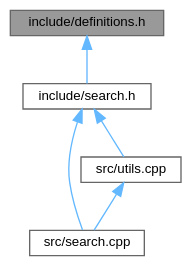
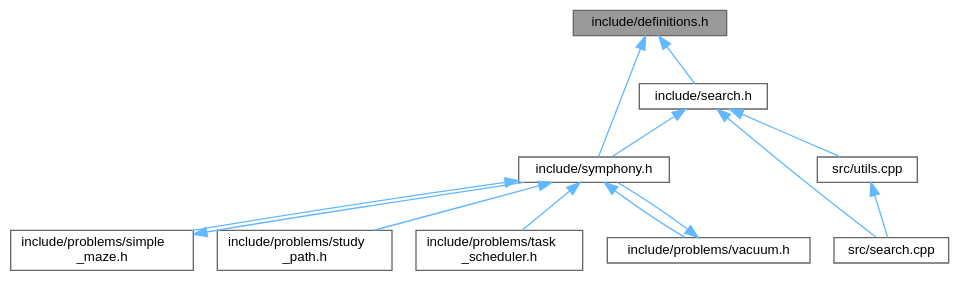
One commit to velocitatem/Symphony changed the diagram in definitions_8h__dep__incl.dot. Above: the diagram before and after it, drawn with Graphviz. The commit also changed 197 other files, not shown here.

```diff
--- a/definitions_8h__dep__incl.dot
+++ b/definitions_8h__dep__incl.dot
@@ -1,16 +1,29 @@
 digraph "include/definitions.h"
 {
  // INTERACTIVE_SVG=YES
  // LATEX_PDF_SIZE
   bgcolor="transparent";
   edge [fontname=Helvetica,fontsize=10,labelfontname=Helvetica,labelfontsize=10];
   node [fontname=Helvetica,fontsize=10,shape=box,height=0.2,width=0.4];
   Node1 [id="Node000001",label="include/definitions.h",height=0.2,width=0.4,color="gray40", fillcolor="grey60", style="filled", fontcolor="black",tooltip="Abstract classes for states, actions, and problems that need to be implemented by the user."];
   Node1 -> Node2 [id="edge1_Node000001_Node000002",dir="back",color="steelblue1",style="solid",tooltip=" "];
   Node2 [id="Node000002",label="include/search.h",height=0.2,width=0.4,color="grey40", fillcolor="white", style="filled",URL="$search_8h.html",tooltip=" "];
   Node2 -> Node3 [id="edge2_Node000002_Node000003",dir="back",color="steelblue1",style="solid",tooltip=" "];
-  Node3 [id="Node000003",label="src/search.cpp",height=0.2,width=0.4,color="grey40", fillcolor="white", style="filled",URL="$search_8cpp.html",tooltip=" "];
-  Node2 -> Node4 [id="edge3_Node000002_Node000004",dir="back",color="steelblue1",style="solid",tooltip=" "];
-  Node4 [id="Node000004",label="src/utils.cpp",height=0.2,width=0.4,color="grey40", fillcolor="white", style="filled",URL="$utils_8cpp.html",tooltip=" "];
+  Node3 [id="Node000003",label="include/symphony.h",height=0.2,width=0.4,color="grey40", fillcolor="white", style="filled",URL="$symphony_8h.html",tooltip=" "];
+  Node3 -> Node4 [id="edge3_Node000003_Node000004",dir="back",color="steelblue1",style="solid",tooltip=" "];
+  Node4 [id="Node000004",label="include/problems/simple\l_maze.h",height=0.2,width=0.4,color="grey40", fillcolor="white", style="filled",URL="$simple__maze_8h.html",tooltip=" "];
   Node4 -> Node3 [id="edge4_Node000004_Node000003",dir="back",color="steelblue1",style="solid",tooltip=" "];
+  Node3 -> Node5 [id="edge5_Node000003_Node000005",dir="back",color="steelblue1",style="solid",tooltip=" "];
+  Node5 [id="Node000005",label="include/problems/study\l_path.h",height=0.2,width=0.4,color="grey40", fillcolor="white", style="filled",URL="$study__path_8h.html",tooltip=" "];
+  Node3 -> Node6 [id="edge6_Node000003_Node000006",dir="back",color="steelblue1",style="solid",tooltip=" "];
+  Node6 [id="Node000006",label="include/problems/task\l_scheduler.h",height=0.2,width=0.4,color="grey40", fillcolor="white", style="filled",URL="$task__scheduler_8h.html",tooltip=" "];
+  Node3 -> Node7 [id="edge7_Node000003_Node000007",dir="back",color="steelblue1",style="solid",tooltip=" "];
+  Node7 [id="Node000007",label="include/problems/vacuum.h",height=0.2,width=0.4,color="grey40", fillcolor="white", style="filled",URL="$vacuum_8h.html",tooltip=" "];
+  Node7 -> Node3 [id="edge8_Node000007_Node000003",dir="back",color="steelblue1",style="solid",tooltip=" "];
+  Node2 -> Node8 [id="edge9_Node000002_Node000008",dir="back",color="steelblue1",style="solid",tooltip=" "];
+  Node8 [id="Node000008",label="src/search.cpp",height=0.2,width=0.4,color="grey40", fillcolor="white", style="filled",URL="$search_8cpp.html",tooltip=" "];
+  Node2 -> Node9 [id="edge10_Node000002_Node000009",dir="back",color="steelblue1",style="solid",tooltip=" "];
+  Node9 [id="Node000009",label="src/utils.cpp",height=0.2,width=0.4,color="grey40", fillcolor="white", style="filled",URL="$utils_8cpp.html",tooltip=" "];
+  Node9 -> Node8 [id="edge11_Node000009_Node000008",dir="back",color="steelblue1",style="solid",tooltip=" "];
+  Node1 -> Node3 [id="edge12_Node000001_Node000003",dir="back",color="steelblue1",style="solid",tooltip=" "];
 }
```
